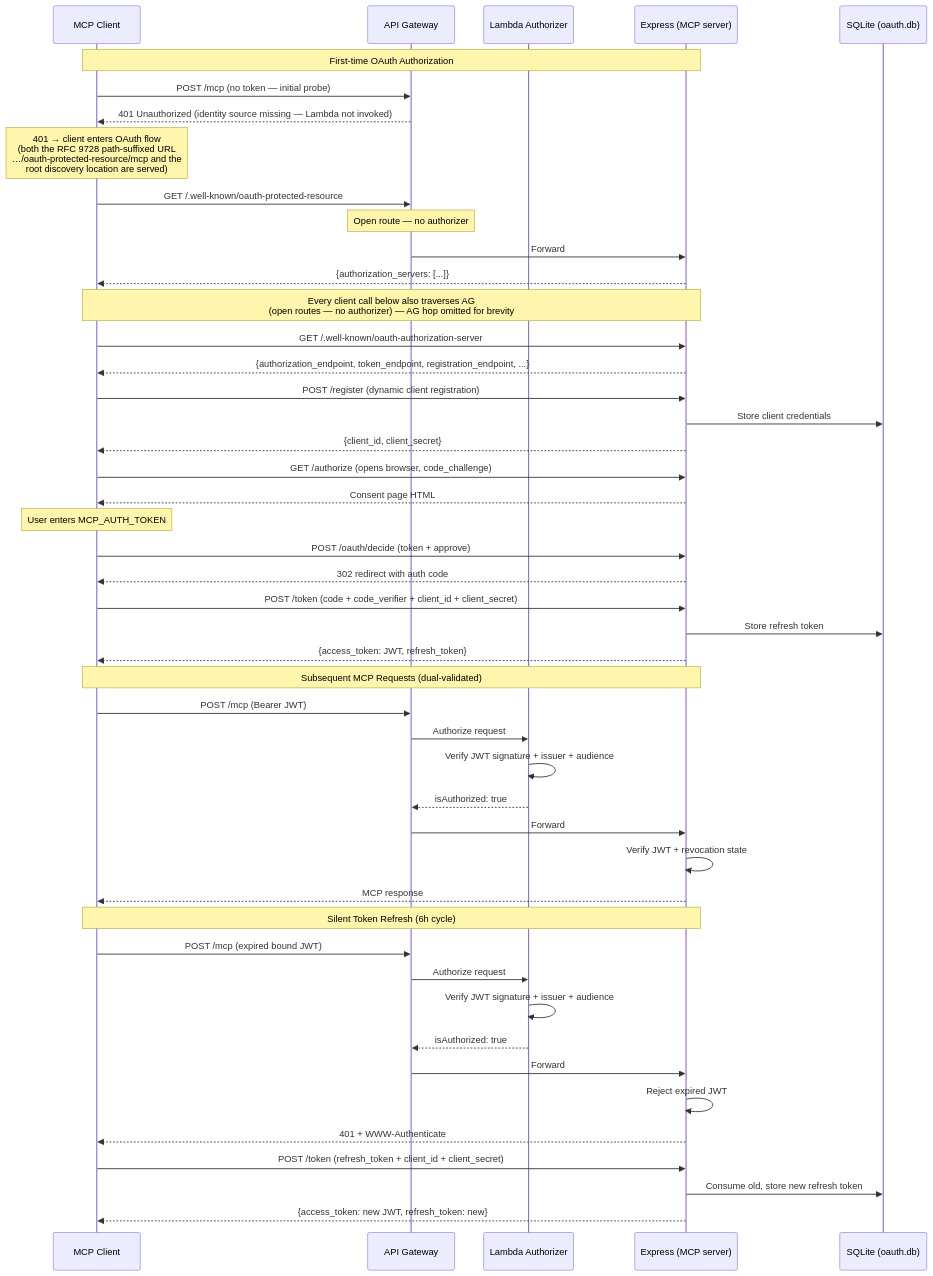
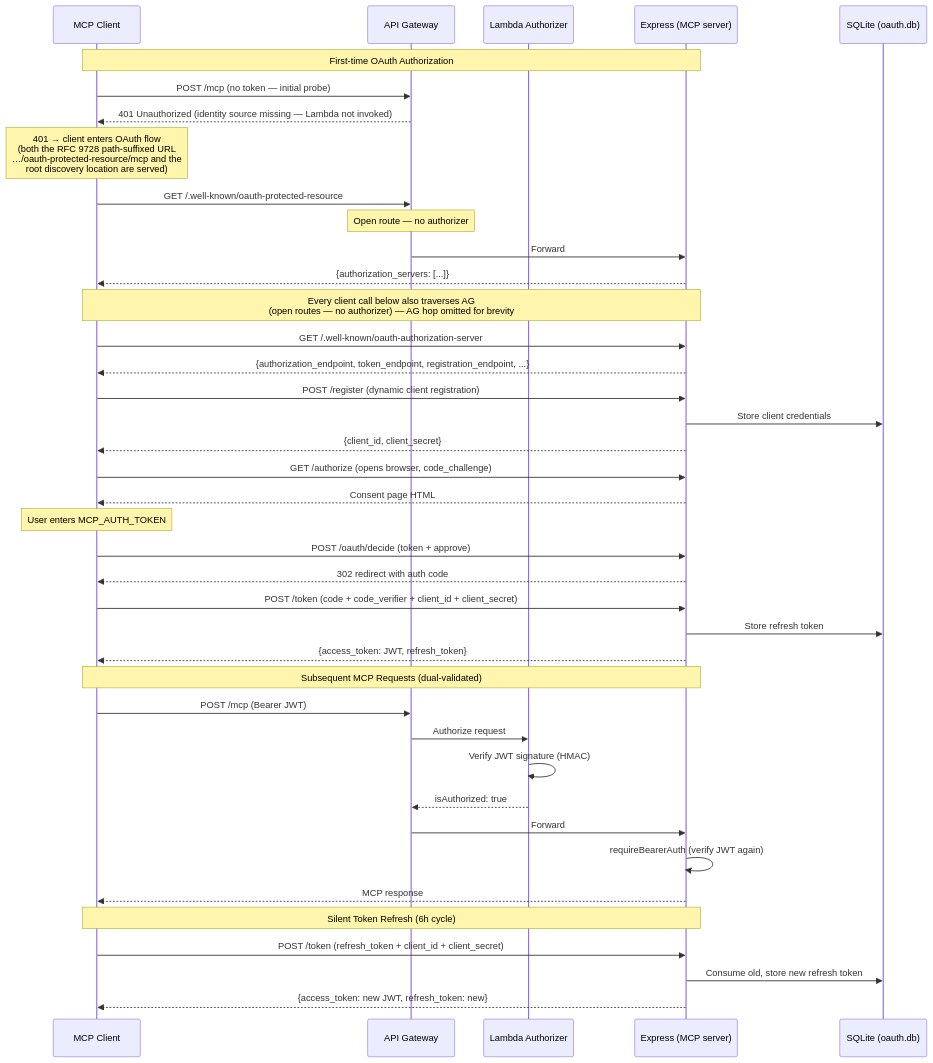
Before and after one commit to aliasunder/vault-cortex: the fourth of 6 diagrams in ARCHITECTURE.md, drawn with Mermaid. The commit also changed other lines of this file, not shown here.

Commit message:
docs: restore conventional token refresh flow

````diff
--- a/ARCHITECTURE.md
+++ b/ARCHITECTURE.md
@@ -612,56 +611,49 @@
 ```mermaid
 sequenceDiagram
     participant C as MCP Client
     participant AG as API Gateway
     participant L as Lambda Authorizer
     participant E as Express (MCP server)
     participant DB as SQLite (oauth.db)
 
     Note over C,E: First-time OAuth Authorization
     C->>AG: POST /mcp (no token — initial probe)
     AG-->>C: 401 Unauthorized (identity source missing — Lambda not invoked)
     Note over C: 401 → client enters OAuth flow<br/>(both the RFC 9728 path-suffixed URL<br/>…/oauth-protected-resource/mcp and the<br/>root discovery location are served)
     C->>AG: GET /.well-known/oauth-protected-resource
     Note over AG: Open route — no authorizer
     AG->>E: Forward
     E-->>C: {authorization_servers: [...]}
 
     Note over C,E: Every client call below also traverses AG<br/>(open routes — no authorizer) — AG hop omitted for brevity
     C->>E: GET /.well-known/oauth-authorization-server
     E-->>C: {authorization_endpoint, token_endpoint, registration_endpoint, ...}
 
     C->>E: POST /register (dynamic client registration)
     E->>DB: Store client credentials
     E-->>C: {client_id, client_secret}
 
     C->>E: GET /authorize (opens browser, code_challenge)
     E-->>C: Consent page HTML
     Note over C: User enters MCP_AUTH_TOKEN
     C->>E: POST /oauth/decide (token + approve)
     E-->>C: 302 redirect with auth code
 
     C->>E: POST /token (code + code_verifier + client_id + client_secret)
     E->>DB: Store refresh token
     E-->>C: {access_token: JWT, refresh_token}
 
     Note over C,E: Subsequent MCP Requests (dual-validated)
     C->>AG: POST /mcp (Bearer JWT)
     AG->>L: Authorize request
-    L->>L: Verify JWT signature + issuer + audience
+    L->>L: Verify JWT signature (HMAC)
     L-->>AG: isAuthorized: true
     AG->>E: Forward
-    E->>E: Verify JWT + revocation state
+    E->>E: requireBearerAuth (verify JWT again)
     E-->>C: MCP response
 
     Note over C,E: Silent Token Refresh (6h cycle)
-    C->>AG: POST /mcp (expired bound JWT)
-    AG->>L: Authorize request
-    L->>L: Verify JWT signature + issuer + audience
-    L-->>AG: isAuthorized: true
-    AG->>E: Forward
-    E->>E: Reject expired JWT
-    E-->>C: 401 + WWW-Authenticate
     C->>E: POST /token (refresh_token + client_id + client_secret)
     E->>DB: Consume old, store new refresh token
     E-->>C: {access_token: new JWT, refresh_token: new}
 ```
````
